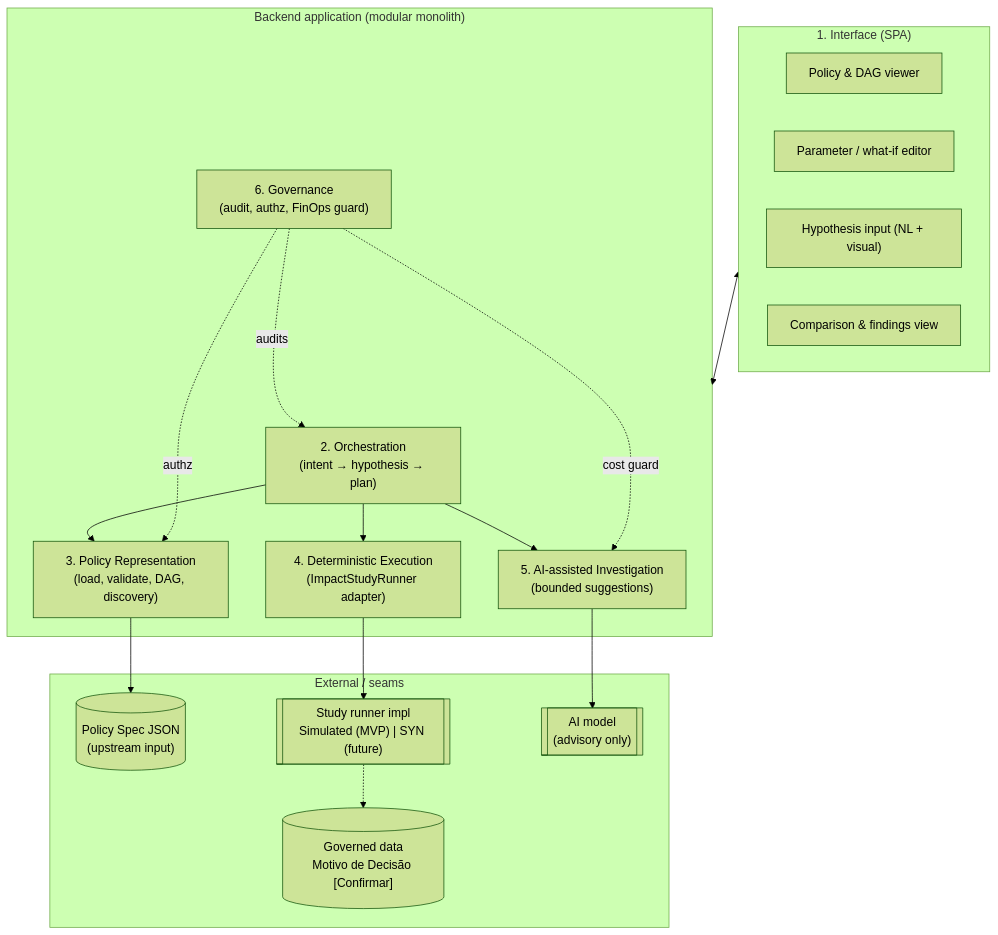
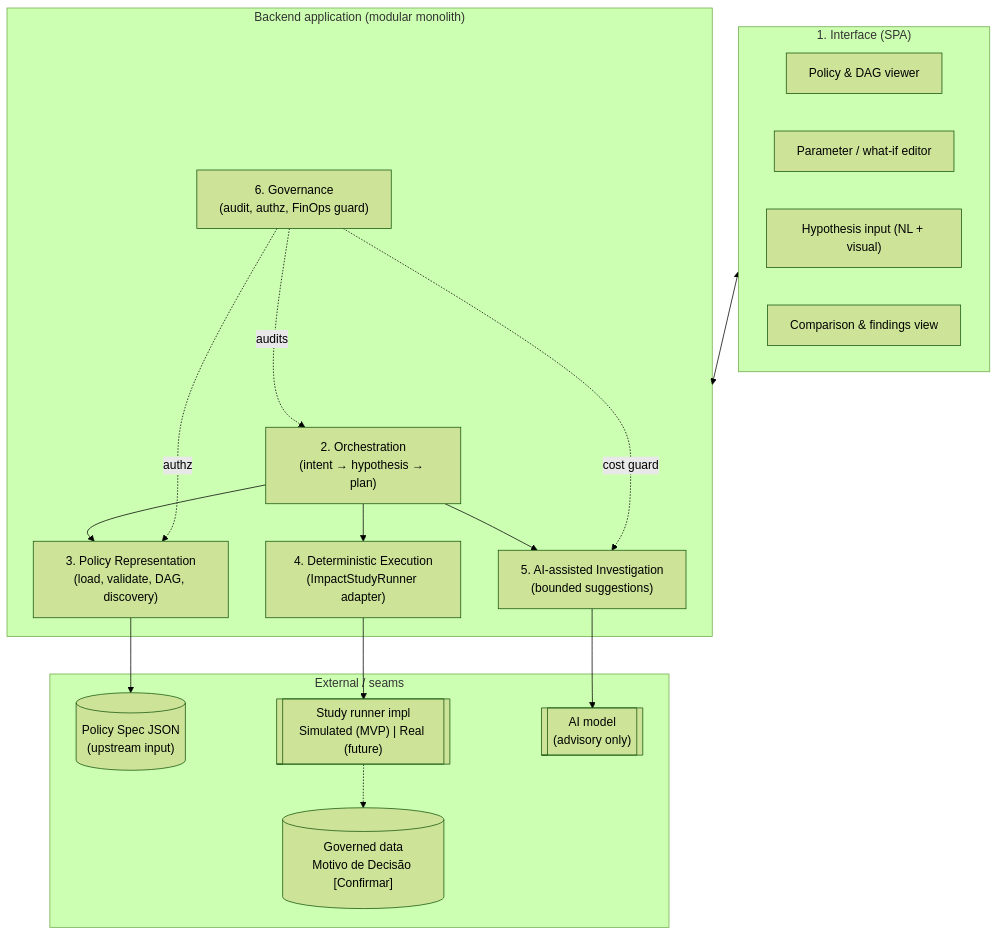
One commit to Jaquelaurenti/policy-playground-spec changed the first of 12 diagrams in .kiro/specs/policy-playground/design.md. Above: the diagram before and after it, drawn with Mermaid (forest theme). The commit also changed other lines of this file and 8 other files, not shown here.

````diff
--- a/.kiro/specs/policy-playground/design.md
+++ b/.kiro/specs/policy-playground/design.md
@@ -100,36 +100,36 @@
 ```mermaid
 flowchart TB
     subgraph UI["1. Interface (SPA)"]
         PolView["Policy & DAG viewer"]
         ParamEd["Parameter / what-if editor"]
         HypBox["Hypothesis input (NL + visual)"]
         Results["Comparison & findings view"]
     end
 
     subgraph API["Backend application (modular monolith)"]
         Orch["2. Orchestration\n(intent → hypothesis → plan)"]
         PolRep["3. Policy Representation\n(load, validate, DAG, discovery)"]
         Exec["4. Deterministic Execution\n(ImpactStudyRunner adapter)"]
         AIInv["5. AI-assisted Investigation\n(bounded suggestions)"]
         Gov["6. Governance\n(audit, authz, FinOps guard)"]
     end
 
     subgraph EXT["External / seams"]
         Spec[("Policy Spec JSON\n(upstream input)")]
-        Runner[["Study runner impl\nSimulated (MVP) | SYN (future)"]]
+        Runner[["Study runner impl\nSimulated (MVP) | Real (future)"]]
         Model[["AI model\n(advisory only)"]]
         GovData[("Governed data\nMotivo de Decisão [Confirmar]")]
     end
 
     UI <--> API
     PolRep --> Spec
     Exec --> Runner
     Runner -.-> GovData
     AIInv --> Model
     Orch --> PolRep
     Orch --> Exec
     Orch --> AIInv
     Gov -.audits.-> Orch
     Gov -.authz.-> PolRep
     Gov -.cost guard.-> AIInv
 ```
````
